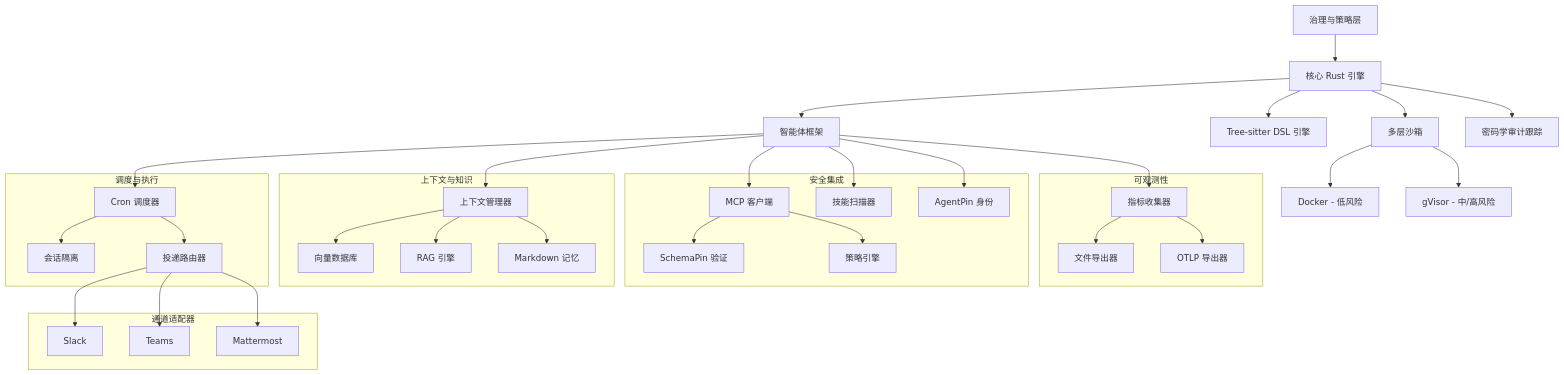
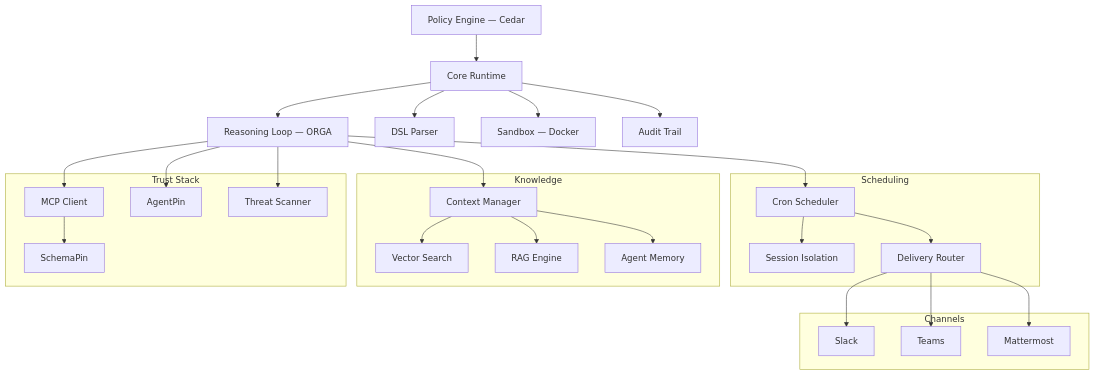
The diagram in docs/zh-cn/index.md (ThirdKeyAI/Symbiont), drawn with Mermaid before and after one commit. The commit also changed other lines of this file and 5 other files, not shown here.

````diff
--- a/docs/zh-cn/index.md
+++ b/docs/zh-cn/index.md
@@ -108,62 +103,49 @@
 ```mermaid
 graph TB
-    A[治理与策略层] --> B[核心 Rust 引擎]
-    B --> C[智能体框架]
-    B --> D[Tree-sitter DSL 引擎]
-    B --> E[多层沙箱]
-    E --> F[Docker - 低风险]
-    E --> G[gVisor - 中/高风险]
-    B --> I[密码学审计跟踪]
+    A[Policy Engine — Cedar] --> B[Core Runtime]
+    B --> C[Reasoning Loop — ORGA]
+    B --> D[DSL Parser]
+    B --> E[Sandbox — Docker]
+    B --> I[Audit Trail]
 
-    subgraph "调度与执行"
-        S[Cron 调度器]
-        H[会话隔离]
-        R[投递路由器]
+    subgraph "Scheduling"
+        S[Cron Scheduler]
+        H[Session Isolation]
+        R[Delivery Router]
     end
 
-    subgraph "通道适配器"
+    subgraph "Channels"
         SL[Slack]
         TM[Teams]
         MM[Mattermost]
     end
 
-    subgraph "上下文与知识"
-        J[上下文管理器]
-        K[向量数据库]
-        L[RAG 引擎]
-        MD[Markdown 记忆]
+    subgraph "Knowledge"
+        J[Context Manager]
+        K[Vector Search]
+        L[RAG Engine]
+        MD[Agent Memory]
     end
 
-    subgraph "安全集成"
-        M[MCP 客户端]
-        N[SchemaPin 验证]
-        O[策略引擎]
-        P[AgentPin 身份]
-        SK[技能扫描器]
-    end
-
-    subgraph "可观测性"
-        MET[指标收集器]
-        FE[文件导出器]
-        OT[OTLP 导出器]
+    subgraph "Trust Stack"
+        M[MCP Client]
+        N[SchemaPin]
+        O[AgentPin]
+        SK[Threat Scanner]
     end
 
     C --> S
     S --> H
     S --> R
     R --> SL
     R --> TM
     R --> MM
     C --> J
     C --> M
-    C --> SK
     J --> K
     J --> L
     J --> MD
     M --> N
-    M --> O
-    C --> P
-    C --> MET
-    MET --> FE
-    MET --> OT
+    C --> O
+    C --> SK
 ```
````
